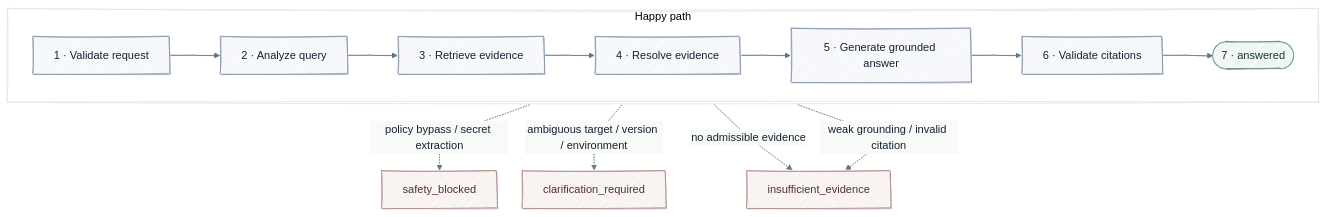
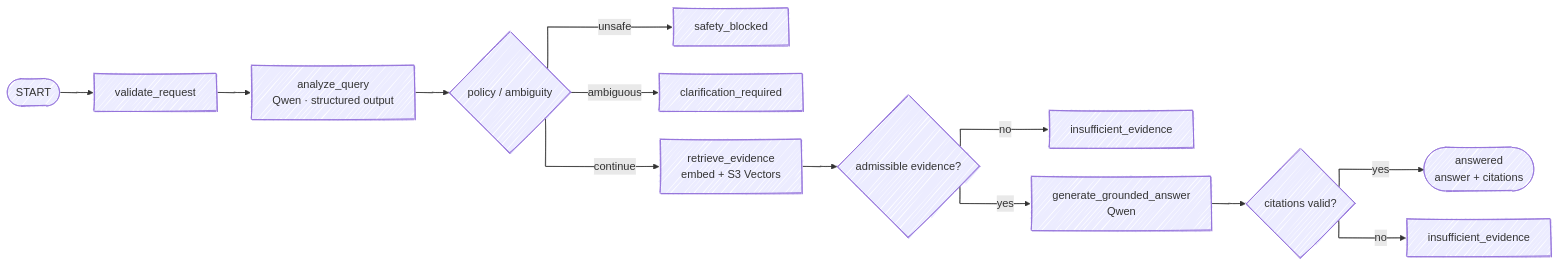
The second of 3 diagrams in README.md (dfc-coder/rag-ops-guard), drawn with Mermaid before and after one commit. The commit also changed other lines of this file, not shown here.

Commit message:
docs: restore original hand-drawn Mermaid diagrams

````diff
--- a/README.md
+++ b/README.md
@@ -175,37 +145,27 @@
 ```mermaid
 ---
 config:
   look: handDrawn
-  handDrawnSeed: 23
-  theme: base
-  themeVariables:
-    background: "#FCFCFD"
-    primaryColor: "#F7F8FA"
-    primaryTextColor: "#172033"
-    primaryBorderColor: "#AAB4C2"
-    lineColor: "#64748B"
-    fontFamily: "Inter, ui-sans-serif, system-ui, sans-serif"
+  handDrawnSeed: 29
   flowchart:
-    curve: linear
-    nodeSpacing: 34
-    rankSpacing: 46
+    curve: stepBefore
+    nodeSpacing: 38
+    rankSpacing: 48
 ---
-flowchart TB
-    subgraph Main["Happy path"]
-      direction LR
-      Validate["1 · Validate request"] --> Analyze["2 · Analyze query"] --> Retrieve["3 · Retrieve evidence"] --> Resolve["4 · Resolve evidence"] --> Generate["5 · Generate grounded answer"] --> Citations["6 · Validate citations"] --> Answered(["7 · answered"])
-    end
+flowchart LR
+    Start([START]) --> Validate["validate_request"]
+    Validate --> Analyze["analyze_query<br/>Qwen · structured output"]
+    Analyze --> Route{"policy / ambiguity"}
 
-    Analyze -. "policy bypass / secret extraction" .-> Blocked["safety_blocked"]
-    Analyze -. "ambiguous target / version / environment" .-> Clarify["clarification_required"]
-    Resolve -. "no admissible evidence" .-> Insufficient["insufficient_evidence"]
-    Generate -. "weak grounding / invalid citation" .-> Insufficient
+    Route -->|unsafe| Blocked["safety_blocked"]
+    Route -->|ambiguous| Clarify["clarification_required"]
+    Route -->|continue| Retrieve["retrieve_evidence<br/>embed + S3 Vectors"]
 
-    classDef main fill:#F5F7FA,stroke:#7C8DA6,color:#172033,stroke-width:1px;
-    classDef success fill:#EEF5F3,stroke:#6F948B,color:#17352F,stroke-width:1.5px;
-    classDef exit fill:#F8F2F1,stroke:#A98680,color:#542F2A,stroke-width:1px;
+    Retrieve --> Resolve{"admissible evidence?"}
+    Resolve -->|no| Insufficient["insufficient_evidence"]
+    Resolve -->|yes| Generate["generate_grounded_answer<br/>Qwen"]
 
-    class Validate,Analyze,Retrieve,Resolve,Generate,Citations main;
-    class Answered success;
-    class Blocked,Clarify,Insufficient exit;
+    Generate --> Citations{"citations valid?"}
+    Citations -->|yes| Answered(["answered<br/>answer + citations"])
+    Citations -->|no| SafeAbstain["insufficient_evidence"]
 ```
````
